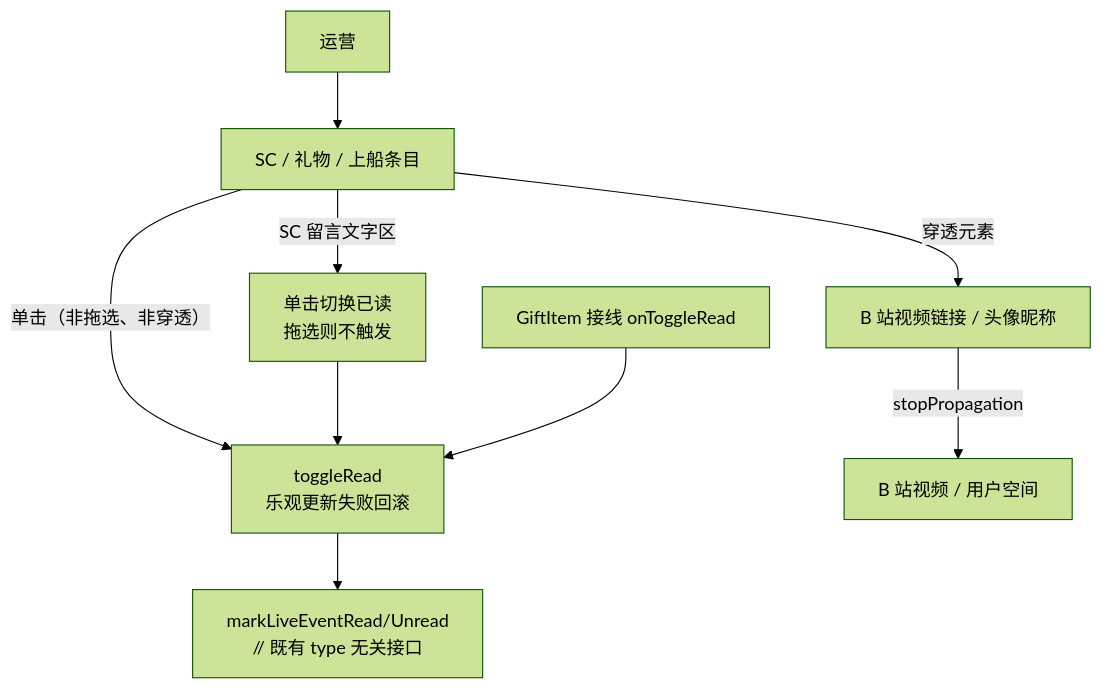
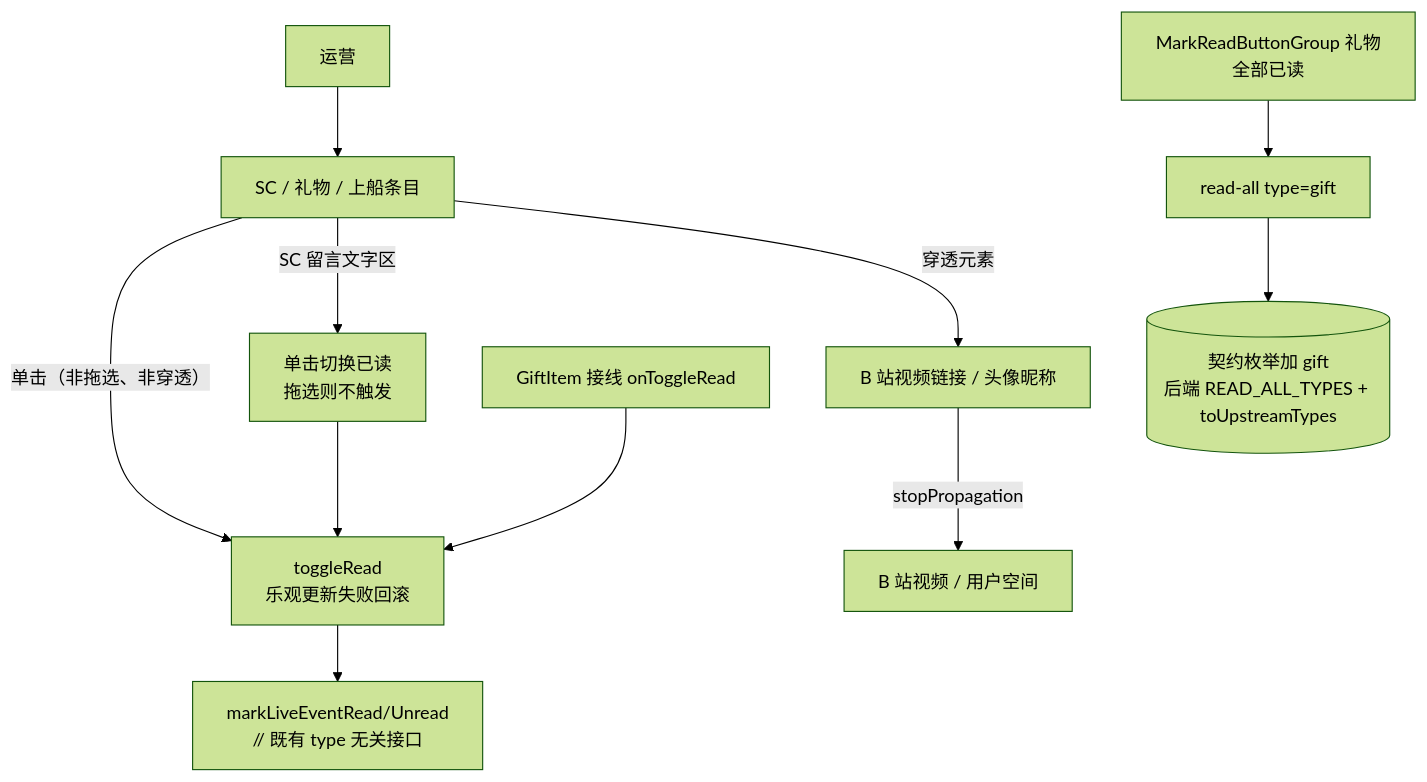
Before and after one commit to Deliay/sumire: the first of 2 diagrams in docs/engineering/proposals/2026-08-23-danmaku-read-optimization-proposal.md, drawn with Mermaid (forest theme). The commit also changed other lines of this file and 1 other file, not shown here.

Commit message:
docs: 礼物纳入「全部已读」——契约/enum/后端 READ_ALL_TYPES/前端按钮组同步（PRD + 提案返工）

````diff
--- a/docs/engineering/proposals/2026-08-23-danmaku-read-optimization-proposal.md
+++ b/docs/engineering/proposals/2026-08-23-danmaku-read-optimization-proposal.md
@@ -47,11 +48,13 @@
 ```mermaid
 graph TD
     U[运营] --> ITEM[SC / 礼物 / 上船条目]
     ITEM -->|单击（非拖选、非穿透）| TOGGLE[toggleRead<br/>乐观更新失败回滚]
     TOGGLE --> READ[markLiveEventRead/Unread<br/>// 既有 type 无关接口]
     ITEM -->|SC 留言文字区| TEXT[单击切换已读<br/>拖选则不触发]
     ITEM -->|穿透元素| PENETRATE[B 站视频链接 / 头像昵称]
     PENETRATE -->|stopPropagation| BILI[B 站视频 / 用户空间]
     TEXT --> TOGGLE
     GIFT[GiftItem 接线 onToggleRead] --> TOGGLE
+    GRP[MarkReadButtonGroup 礼物全部已读] --> READALL[read-all type=gift]
+    READALL --> API2[(契约枚举加 gift<br/>后端 READ_ALL_TYPES + toUpstreamTypes)]
 ```
````
